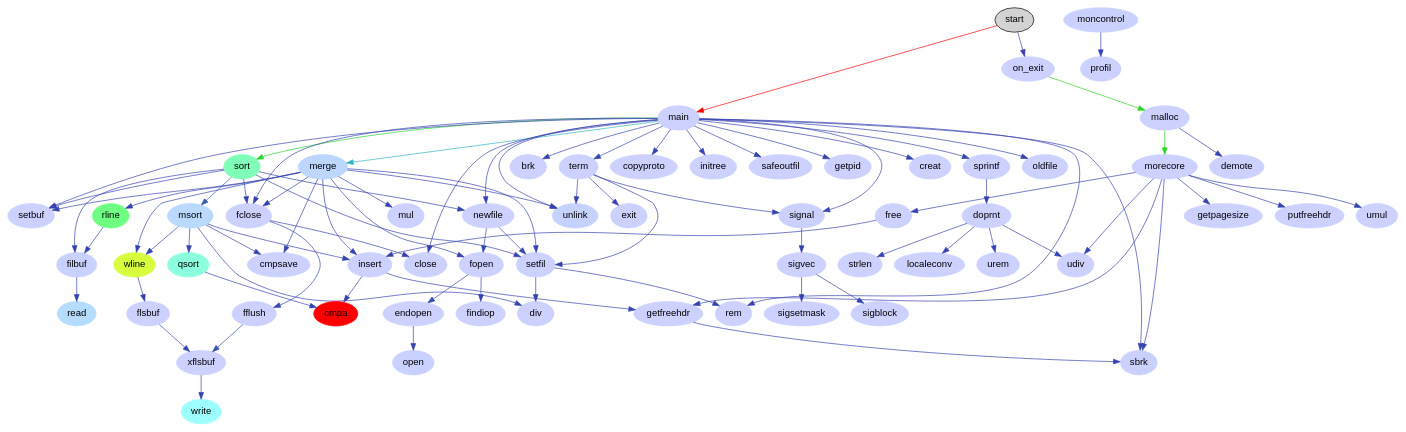
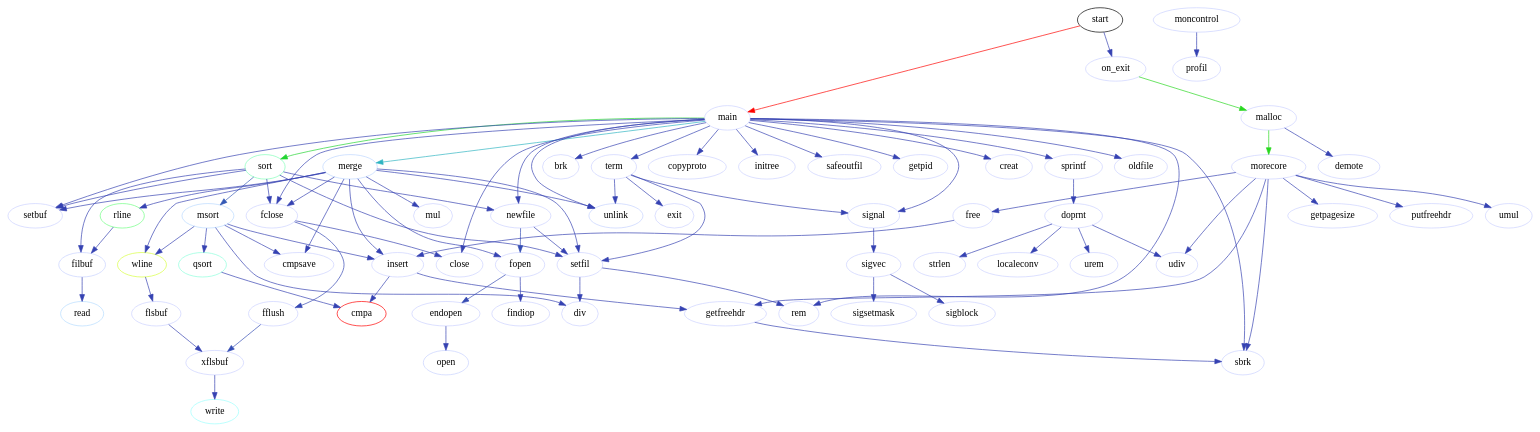
Before and after one commit to kimonp/dot-rs: the diagram in dot_examples/graphviz.org/profile.dot, drawn with Graphviz. The commit also changed 11 other files, not shown here.

```diff
--- a/dot_examples/graphviz.org/profile.dot
+++ b/dot_examples/graphviz.org/profile.dot
@@ -1,153 +1,154 @@
-// https://graphviz.org/Gallery/directed/profile.html
-digraph prof {
+/* https://graphviz.org/Gallery/directed/profile.html
 	fontname="Helvetica,Arial,sans-serif"
 	node [fontname="Helvetica,Arial,sans-serif"]
 	edge [fontname="Helvetica,Arial,sans-serif"]
 	node [style=filled];
+*/
+digraph prof {
 	start -> main [color="0.002 0.999 0.999"];
 	start -> on_exit [color="0.649 0.701 0.701"];
 	main -> sort [color="0.348 0.839 0.839"];
 	main -> merge [color="0.515 0.762 0.762"];
 	main -> term [color="0.647 0.702 0.702"];
 	main -> signal [color="0.650 0.700 0.700"];
 	main -> sbrk [color="0.650 0.700 0.700"];
 	main -> unlink [color="0.650 0.700 0.700"];
 	main -> newfile [color="0.650 0.700 0.700"];
 	main -> fclose [color="0.650 0.700 0.700"];
 	main -> close [color="0.650 0.700 0.700"];
 	main -> brk [color="0.650 0.700 0.700"];
 	main -> setbuf [color="0.650 0.700 0.700"];
 	main -> copyproto [color="0.650 0.700 0.700"];
 	main -> initree [color="0.650 0.700 0.700"];
 	main -> safeoutfil [color="0.650 0.700 0.700"];
 	main -> getpid [color="0.650 0.700 0.700"];
 	main -> sprintf [color="0.650 0.700 0.700"];
 	main -> creat [color="0.650 0.700 0.700"];
 	main -> rem [color="0.650 0.700 0.700"];
 	main -> oldfile [color="0.650 0.700 0.700"];
 	sort -> msort [color="0.619 0.714 0.714"];
 	sort -> filbuf [color="0.650 0.700 0.700"];
 	sort -> newfile [color="0.650 0.700 0.700"];
 	sort -> fclose [color="0.650 0.700 0.700"];
 	sort -> setbuf [color="0.650 0.700 0.700"];
 	sort -> setfil [color="0.650 0.700 0.700"];
 	msort -> qsort [color="0.650 0.700 0.700"];
 	msort -> insert [color="0.650 0.700 0.700"];
 	msort -> wline [color="0.650 0.700 0.700"];
 	msort -> div [color="0.650 0.700 0.700"];
 	msort -> cmpsave [color="0.650 0.700 0.700"];
 	merge -> insert [color="0.650 0.700 0.700"];
 	merge -> rline [color="0.650 0.700 0.700"];
 	merge -> wline [color="0.650 0.700 0.700"];
 	merge -> unlink [color="0.650 0.700 0.700"];
 	merge -> fopen [color="0.650 0.700 0.700"];
 	merge -> fclose [color="0.650 0.700 0.700"];
 	merge -> setfil [color="0.650 0.700 0.700"];
 	merge -> mul [color="0.650 0.700 0.700"];
 	merge -> setbuf [color="0.650 0.700 0.700"];
 	merge -> cmpsave [color="0.650 0.700 0.700"];
 	insert -> cmpa [color="0.650 0.700 0.700"];
 	wline -> flsbuf [color="0.649 0.700 0.700"];
 	qsort -> cmpa [color="0.650 0.700 0.700"];
 	rline -> filbuf [color="0.649 0.700 0.700"];
 	xflsbuf -> write [color="0.650 0.700 0.700"];
 	flsbuf -> xflsbuf [color="0.649 0.700 0.700"];
 	filbuf -> read [color="0.650 0.700 0.700"];
 	term -> unlink [color="0.650 0.700 0.700"];
 	term -> signal [color="0.650 0.700 0.700"];
 	term -> setfil [color="0.650 0.700 0.700"];
 	term -> exit [color="0.650 0.700 0.700"];
 	endopen -> open [color="0.650 0.700 0.700"];
 	fopen -> endopen [color="0.639 0.705 0.705"];
 	fopen -> findiop [color="0.650 0.700 0.700"];
 	newfile -> fopen [color="0.634 0.707 0.707"];
 	newfile -> setfil [color="0.650 0.700 0.700"];
 	fclose -> fflush [color="0.642 0.704 0.704"];
 	fclose -> close [color="0.650 0.700 0.700"];
 	fflush -> xflsbuf [color="0.635 0.707 0.707"];
 	malloc -> morecore [color="0.325 0.850 0.850"];
 	malloc -> demote [color="0.650 0.700 0.700"];
 	morecore -> sbrk [color="0.650 0.700 0.700"];
 	morecore -> getfreehdr [color="0.650 0.700 0.700"];
 	morecore -> free [color="0.650 0.700 0.700"];
 	morecore -> getpagesize [color="0.650 0.700 0.700"];
 	morecore -> putfreehdr [color="0.650 0.700 0.700"];
 	morecore -> udiv [color="0.650 0.700 0.700"];
 	morecore -> umul [color="0.650 0.700 0.700"];
 	on_exit -> malloc [color="0.325 0.850 0.850"];
 	signal -> sigvec [color="0.650 0.700 0.700"];
 	moncontrol -> profil [color="0.650 0.700 0.700"];
 	getfreehdr -> sbrk [color="0.650 0.700 0.700"];
 	free -> insert [color="0.650 0.700 0.700"];
 	insert -> getfreehdr [color="0.650 0.700 0.700"];
 	setfil -> div [color="0.650 0.700 0.700"];
 	setfil -> rem [color="0.650 0.700 0.700"];
 	sigvec -> sigblock [color="0.650 0.700 0.700"];
 	sigvec -> sigsetmask [color="0.650 0.700 0.700"];
 	doprnt -> urem [color="0.650 0.700 0.700"];
 	doprnt -> udiv [color="0.650 0.700 0.700"];
 	doprnt -> strlen [color="0.650 0.700 0.700"];
 	doprnt -> localeconv [color="0.650 0.700 0.700"];
 	sprintf -> doprnt [color="0.650 0.700 0.700"];
 cmpa [color="0.000 1.000 1.000"];
 wline [color="0.201 0.753 1.000"];
 insert [color="0.305 0.625 1.000"];
 rline [color="0.355 0.563 1.000"];
 sort [color="0.408 0.498 1.000"];
 qsort [color="0.449 0.447 1.000"];
 write [color="0.499 0.386 1.000"];
 read [color="0.578 0.289 1.000"];
 msort [color="0.590 0.273 1.000"];
 merge [color="0.603 0.258 1.000"];
 unlink [color="0.628 0.227 1.000"];
 filbuf [color="0.641 0.212 1.000"];
 open [color="0.641 0.212 1.000"];
 sbrk [color="0.647 0.204 1.000"];
 signal [color="0.647 0.204 1.000"];
 moncontrol [color="0.647 0.204 1.000"];
 xflsbuf [color="0.650 0.200 1.000"];
 flsbuf [color="0.650 0.200 1.000"];
 div [color="0.650 0.200 1.000"];
 cmpsave [color="0.650 0.200 1.000"];
 rem [color="0.650 0.200 1.000"];
 setfil [color="0.650 0.200 1.000"];
 close [color="0.650 0.200 1.000"];
 fclose [color="0.650 0.200 1.000"];
 fflush [color="0.650 0.200 1.000"];
 setbuf [color="0.650 0.200 1.000"];
 endopen [color="0.650 0.200 1.000"];
 findiop [color="0.650 0.200 1.000"];
 fopen [color="0.650 0.200 1.000"];
 mul [color="0.650 0.200 1.000"];
 newfile [color="0.650 0.200 1.000"];
 sigblock [color="0.650 0.200 1.000"];
 sigsetmask [color="0.650 0.200 1.000"];
 sigvec [color="0.650 0.200 1.000"];
 udiv [color="0.650 0.200 1.000"];
 urem [color="0.650 0.200 1.000"];
 brk [color="0.650 0.200 1.000"];
 getfreehdr [color="0.650 0.200 1.000"];
 strlen [color="0.650 0.200 1.000"];
 umul [color="0.650 0.200 1.000"];
 doprnt [color="0.650 0.200 1.000"];
 copyproto [color="0.650 0.200 1.000"];
 creat [color="0.650 0.200 1.000"];
 demote [color="0.650 0.200 1.000"];
 exit [color="0.650 0.200 1.000"];
 free [color="0.650 0.200 1.000"];
 getpagesize [color="0.650 0.200 1.000"];
 getpid [color="0.650 0.200 1.000"];
 initree [color="0.650 0.200 1.000"];
 insert [color="0.650 0.200 1.000"];
 localeconv [color="0.650 0.200 1.000"];
 main [color="0.650 0.200 1.000"];
 malloc [color="0.650 0.200 1.000"];
 morecore [color="0.650 0.200 1.000"];
 oldfile [color="0.650 0.200 1.000"];
 on_exit [color="0.650 0.200 1.000"];
 profil [color="0.650 0.200 1.000"];
 putfreehdr [color="0.650 0.200 1.000"];
 safeoutfil [color="0.650 0.200 1.000"];
 sprintf [color="0.650 0.200 1.000"];
 term [color="0.650 0.200 1.000"];
 }
```
